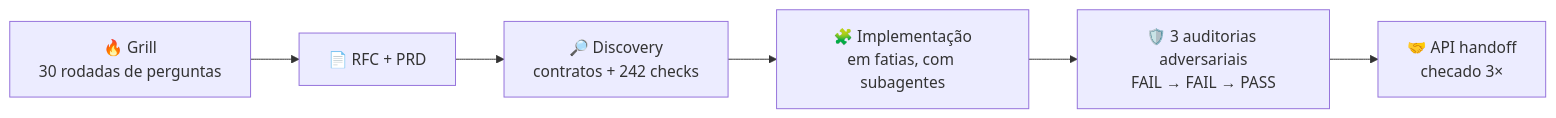
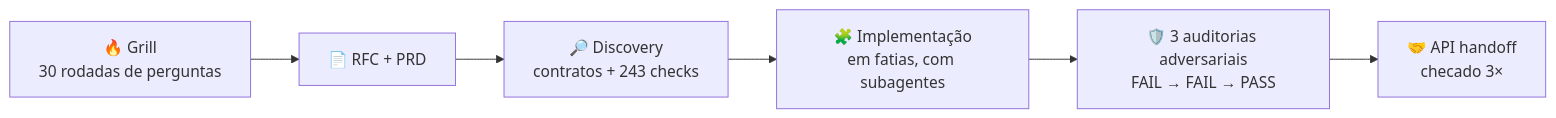
The fifth of 6 diagrams in README.md (micaelcf/parcela-mais-case), drawn with Mermaid before and after one commit. The commit also changed other lines of this file and 4 other files, not shown here.

````diff
--- a/README.md
+++ b/README.md
@@ -169,8 +169,8 @@
 ```mermaid
 flowchart LR
     G["🔥 Grill<br/>30 rodadas de perguntas"] --> D["📄 RFC + PRD"]
-    D --> C["🔎 Discovery<br/>contratos + 242 checks"]
+    D --> C["🔎 Discovery<br/>contratos + 243 checks"]
     C --> S["🧩 Implementação<br/>em fatias, com subagentes"]
     S --> A["🛡️ 3 auditorias adversariais<br/>FAIL → FAIL → PASS"]
     A --> H["🤝 API handoff<br/>checado 3×"]
 ```
````
